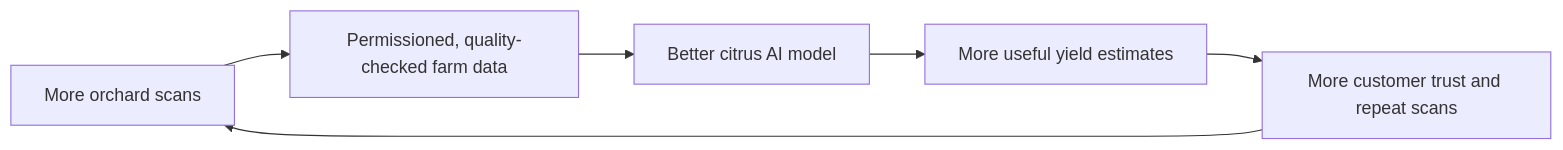
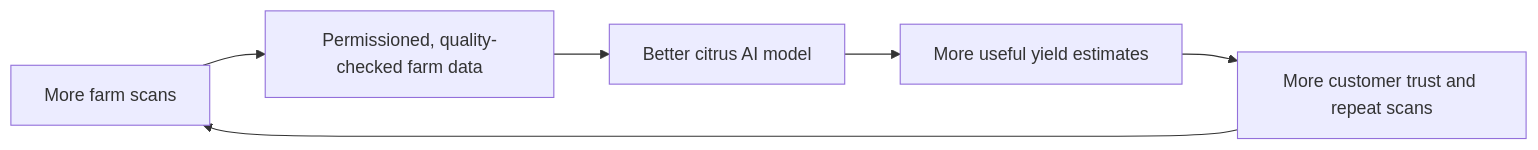
The second of 2 diagrams in Business model.md (Danncode10/autonomous-citrus-drone), drawn with Mermaid before and after one commit. The commit also changed other lines of this file, not shown here.

Commit message:
docs: update terminology from 'orchard' to 'farm' for consistency in business model documentation

````diff
--- a/Business model.md
+++ b/Business model.md
@@ -93,8 +93,8 @@
 ```mermaid
 flowchart LR
-    Scan["More orchard scans"] --> Data["Permissioned, quality-checked farm data"]
+    Scan["More farm scans"] --> Data["Permissioned, quality-checked farm data"]
     Data --> Model["Better citrus AI model"]
     Model --> Report["More useful yield estimates"]
     Report --> Customers["More customer trust and repeat scans"]
     Customers --> Scan
 ```
````
